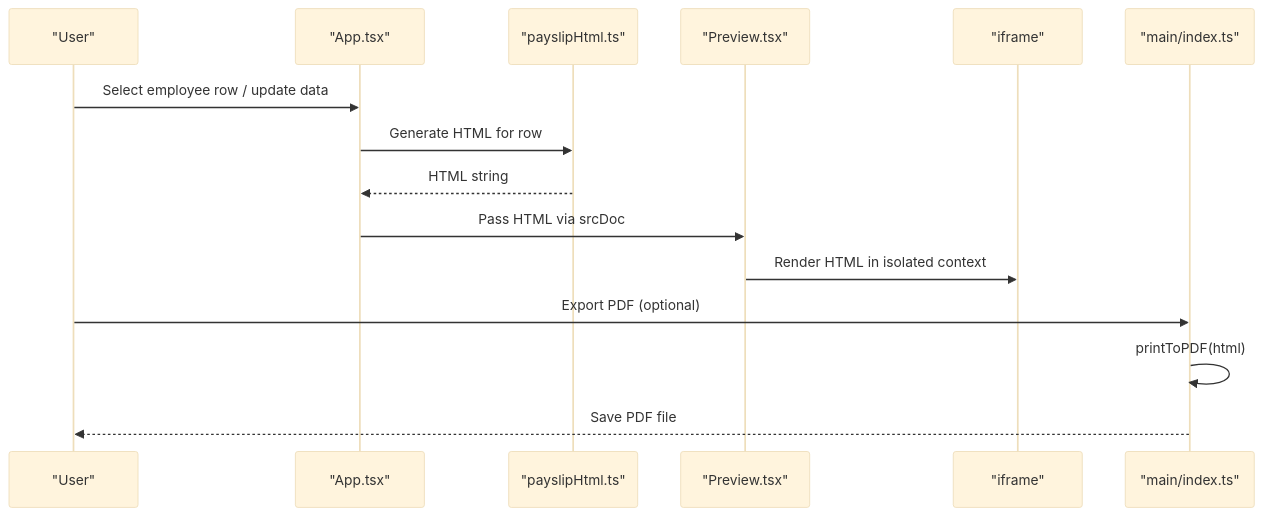
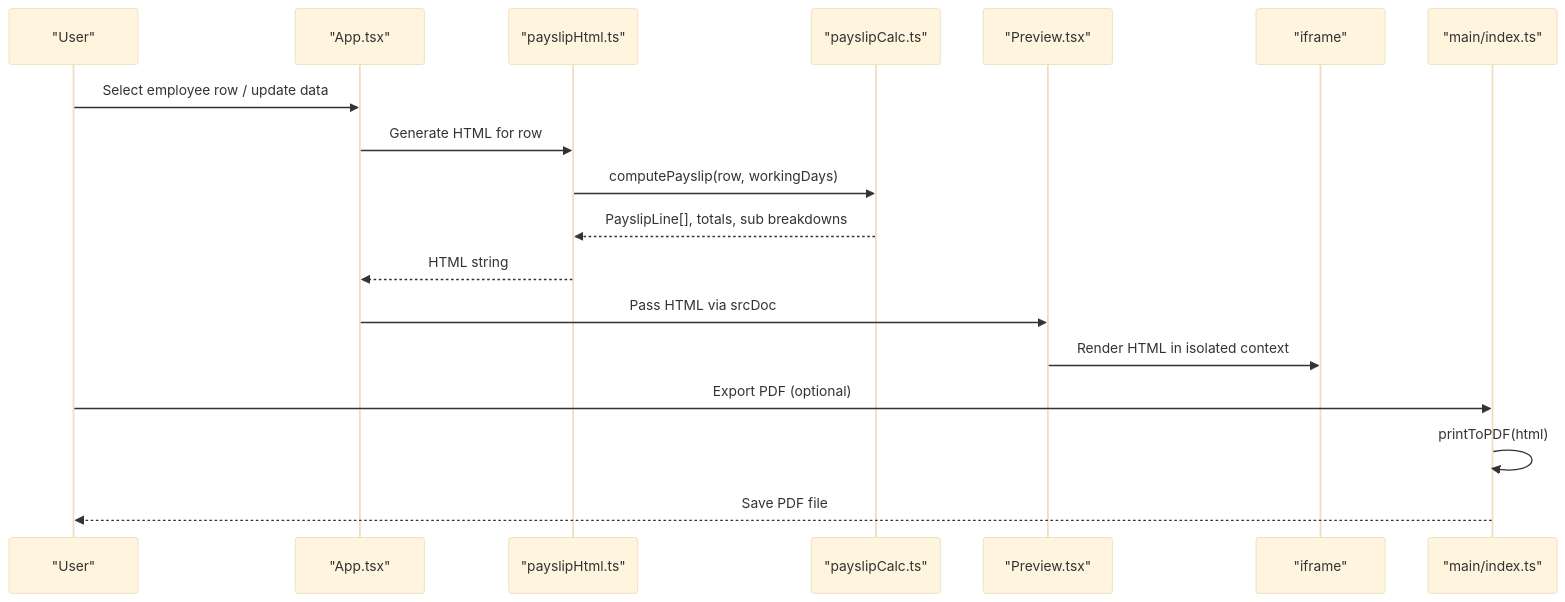
The second of 7 diagrams in .qoder/repowiki/en/content/UI Components/Preview Component.md (MdodoIng/salery-slip-generater), drawn with Mermaid (base theme) before and after one commit. The commit also changed other lines of this file and 22 other files, not shown here.

First line of the commit message:
feat(payslip): centralize computation and add dated advance breakdowns

````diff
--- a/.qoder/repowiki/en/content/UI Components/Preview Component.md
+++ b/.qoder/repowiki/en/content/UI Components/Preview Component.md
@@ -72,17 +83,20 @@
 ```mermaid
 sequenceDiagram
 participant User as "User"
 participant App as "App.tsx"
 participant Html as "payslipHtml.ts"
+participant Calc as "payslipCalc.ts"
 participant Preview as "Preview.tsx"
 participant Iframe as "iframe"
 participant Main as "main/index.ts"
 User->>App : Select employee row / update data
 App->>Html : Generate HTML for row
+Html->>Calc : computePayslip(row, workingDays)
+Calc-->>Html : PayslipLine[], totals, sub breakdowns
 Html-->>App : HTML string
 App->>Preview : Pass HTML via srcDoc
 Preview->>Iframe : Render HTML in isolated context
 User->>Main : Export PDF (optional)
 Main->>Main : printToPDF(html)
 Main-->>User : Save PDF file
 ```
````
